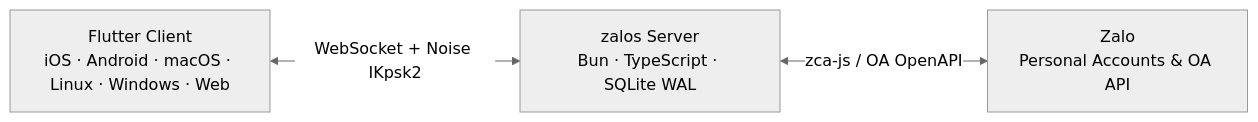
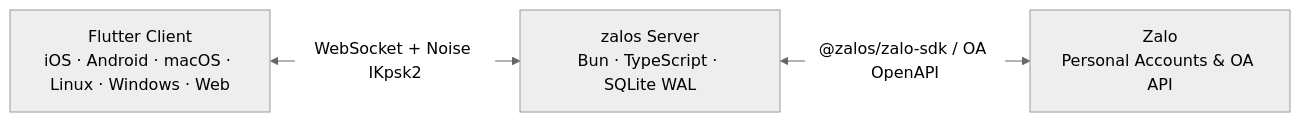
The diagram in README.md (thuupx/zalos), drawn with Mermaid (neutral theme) before and after one commit. The commit also changed other lines of this file and 4 other files, not shown here.

First line of the commit message:
docs: replace zca-js references with @zalos/zalo-sdk

````diff
--- a/README.md
+++ b/README.md
@@ -5,9 +5,9 @@
 ```mermaid
 flowchart LR
   C["Flutter Client\niOS · Android · macOS · Linux · Windows · Web"]
   S["zalos Server\nBun · TypeScript · SQLite WAL"]
   Z["Zalo\nPersonal Accounts & OA API"]
 
   C <-->|"WebSocket + Noise IKpsk2"| S
-  S <-->|"zca-js / OA OpenAPI"| Z
+  S <-->|"@zalos/zalo-sdk / OA OpenAPI"| Z
 ```
````
